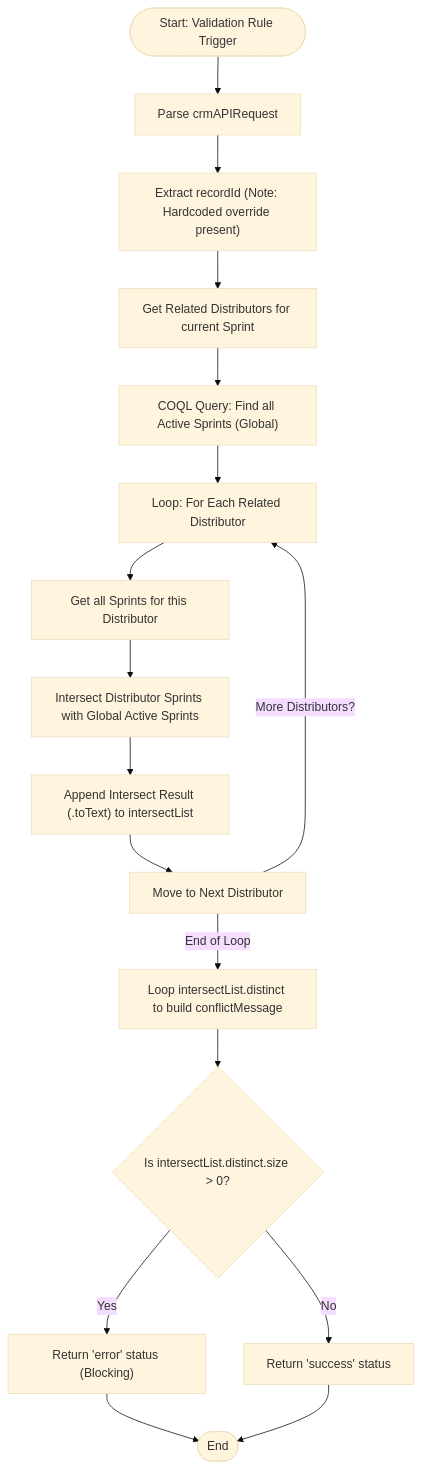
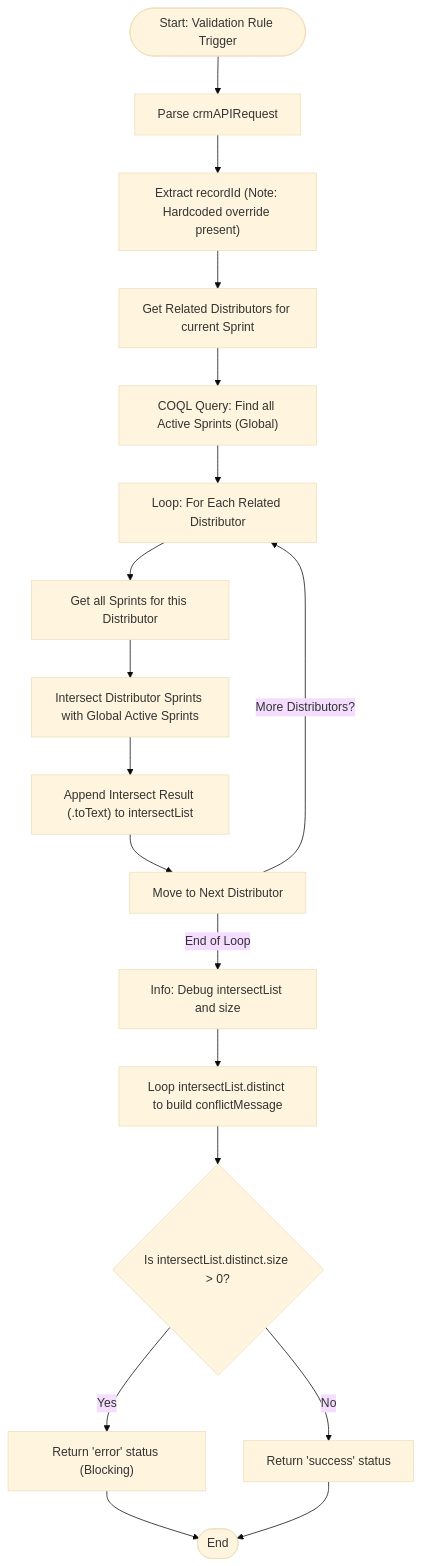
One commit to martinkp93/zoho-scripts changed the diagram in scripts/sendToActiveCampaignLimit/sendToActiveCampaignLimit.md. Above: the diagram before and after it, drawn with Mermaid (base theme). The commit also changed other lines of this file, not shown here.

````diff
--- a/scripts/sendToActiveCampaignLimit/sendToActiveCampaignLimit.md
+++ b/scripts/sendToActiveCampaignLimit/sendToActiveCampaignLimit.md
@@ -31,19 +31,20 @@
 ```mermaid
 graph TD
     Start(["Start: Validation Rule Trigger"]) --> Parse["Parse crmAPIRequest"]
     Parse --> GetID["Extract recordId (Note: Hardcoded override present)"]
     GetID --> GetDistributors["Get Related Distributors for current Sprint"]
     GetDistributors --> COQL["COQL Query: Find all Active Sprints (Global)"]
     COQL --> LoopDistributors["Loop: For Each Related Distributor"]
     LoopDistributors --> GetDistributorSprints["Get all Sprints for this Distributor"]
     GetDistributorSprints --> Intersect["Intersect Distributor Sprints with Global Active Sprints"]
     Intersect --> Append["Append Intersect Result (.toText) to intersectList"]
     Append --> NextDistributor["Move to Next Distributor"]
     NextDistributor -- "More Distributors?" --> LoopDistributors
-    NextDistributor -- "End of Loop" --> BuildMsg["Loop intersectList.distinct to build conflictMessage"]
+    NextDistributor -- "End of Loop" --> Debug["Info: Debug intersectList and size"]
+    Debug --> BuildMsg["Loop intersectList.distinct to build conflictMessage"]
     BuildMsg --> FinalCheck{"Is intersectList.distinct.size > 0?"}
     FinalCheck -- "Yes" --> Error["Return 'error' status (Blocking)"]
     FinalCheck -- "No" --> Success["Return 'success' status"]
     Error --> End(["End"])
     Success --> End
 ```
````
